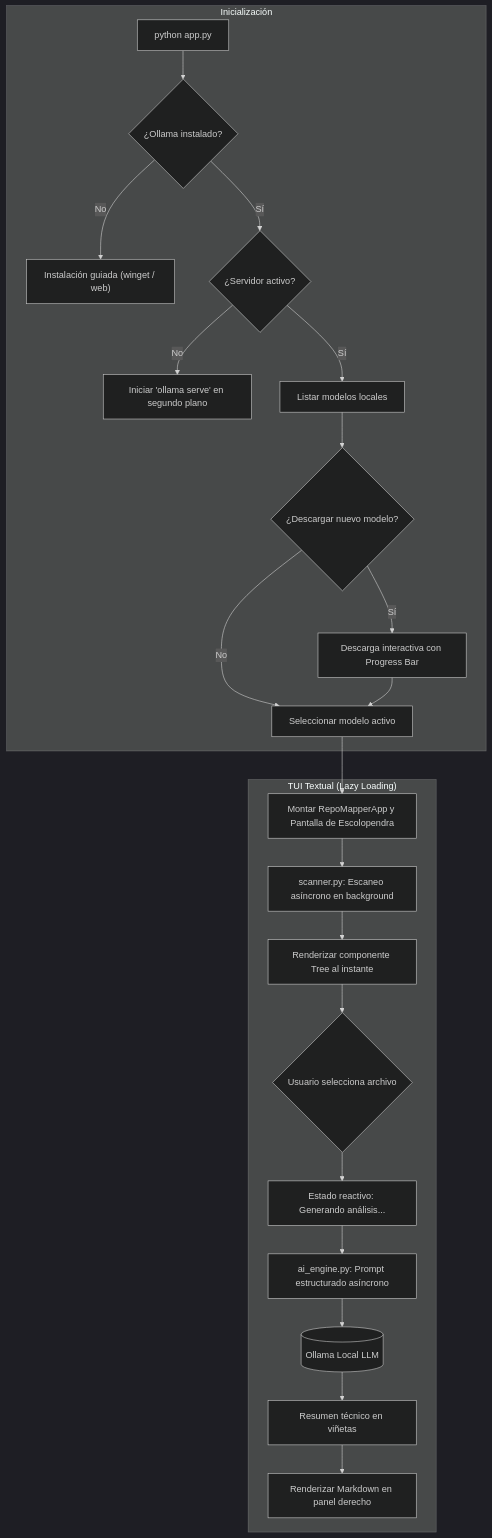
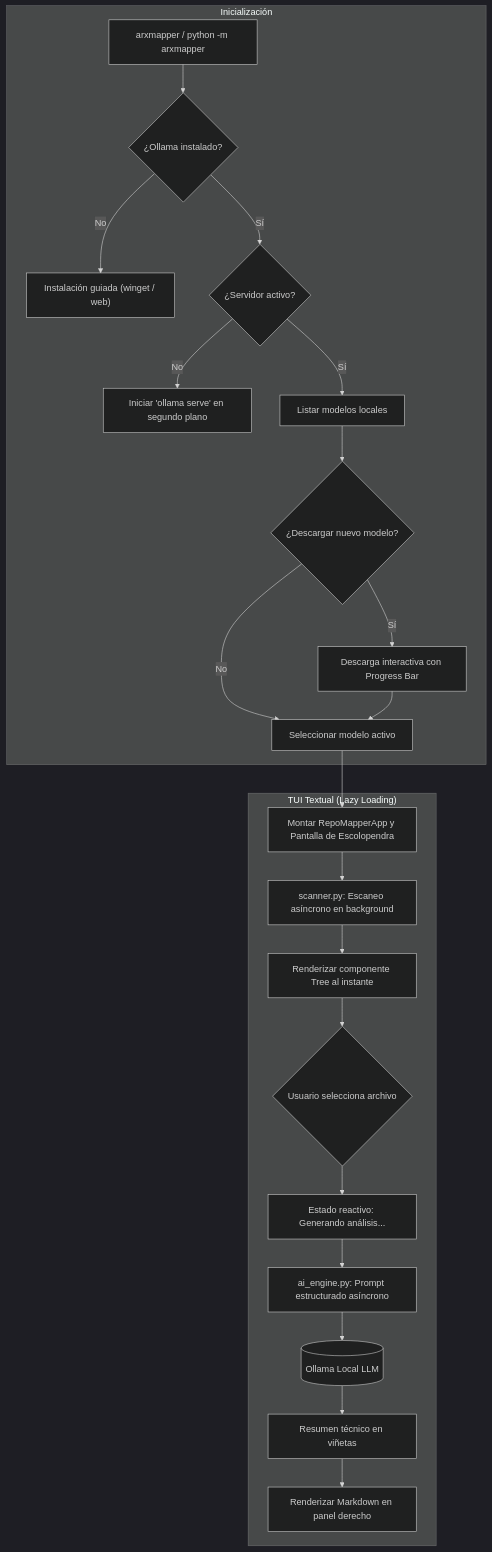
The diagram in README.md (sergiomrtnez/arxmapper-cli), drawn with Mermaid (dark theme) before and after one commit. The commit also changed other lines of this file and 4 other files, not shown here.

Commit message:
refactor: restructure project into a Python package under src/arxmapper with CLI entry points

````diff
--- a/README.md
+++ b/README.md
@@ -51,26 +51,26 @@
 ```mermaid
 flowchart TD
     subgraph init ["Inicialización"]
-        A["python app.py"] --> B{"¿Ollama instalado?"}
+        A["arxmapper / python -m arxmapper"] --> B{"¿Ollama instalado?"}
         B -- No --> C["Instalación guiada (winget / web)"]
         B -- Sí --> D{"¿Servidor activo?"}
         D -- No --> E["Iniciar 'ollama serve' en segundo plano"]
         D -- Sí --> F["Listar modelos locales"]
         F --> G{"¿Descargar nuevo modelo?"}
         G -- Sí --> H["Descarga interactiva con Progress Bar"]
         G -- No --> I["Seleccionar modelo activo"]
         H --> I
     end
 
     subgraph tui ["TUI Textual (Lazy Loading)"]
         I --> J["Montar RepoMapperApp y Pantalla de Escolopendra"]
         J --> K["scanner.py: Escaneo asíncrono en background"]
         K --> L["Renderizar componente Tree al instante"]
         L --> M{"Usuario selecciona archivo"}
         M --> N["Estado reactivo: Generando análisis..."]
         N --> O["ai_engine.py: Prompt estructurado asíncrono"]
         O --> P[("Ollama Local LLM")]
         P --> Q["Resumen técnico en viñetas"]
         Q --> R["Renderizar Markdown en panel derecho"]
     end
 ```
````
